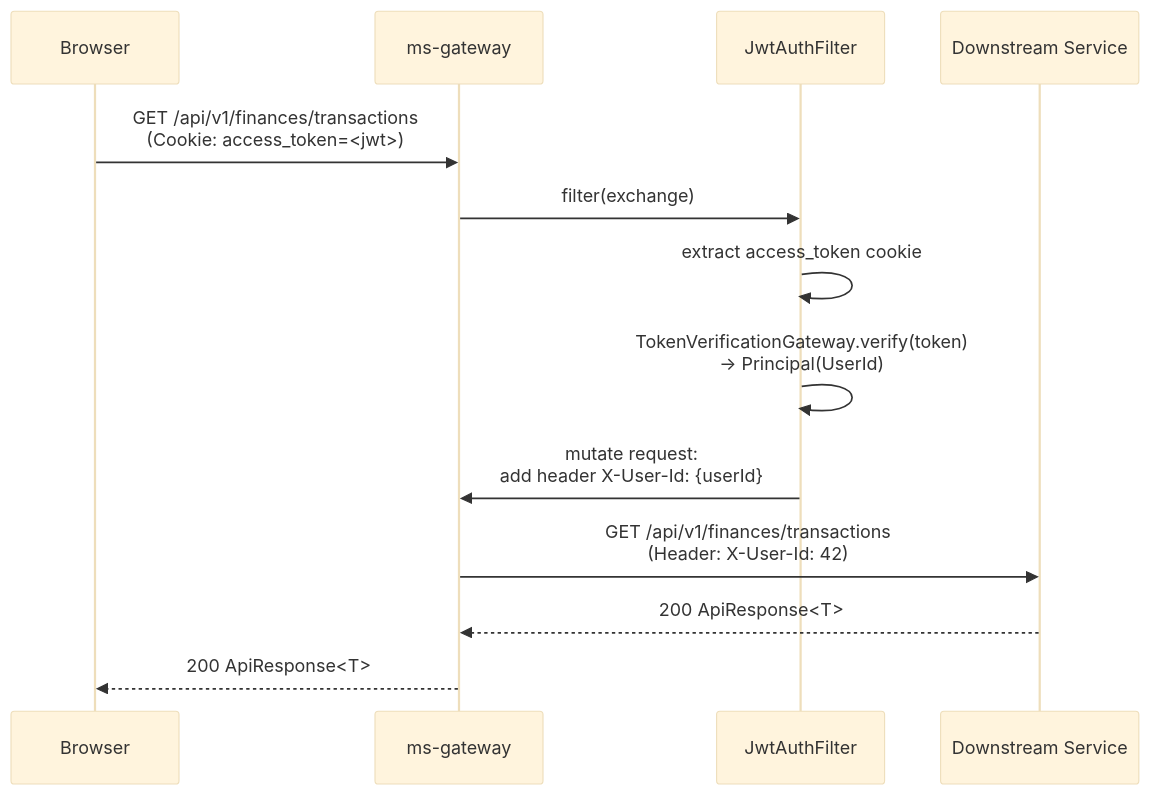
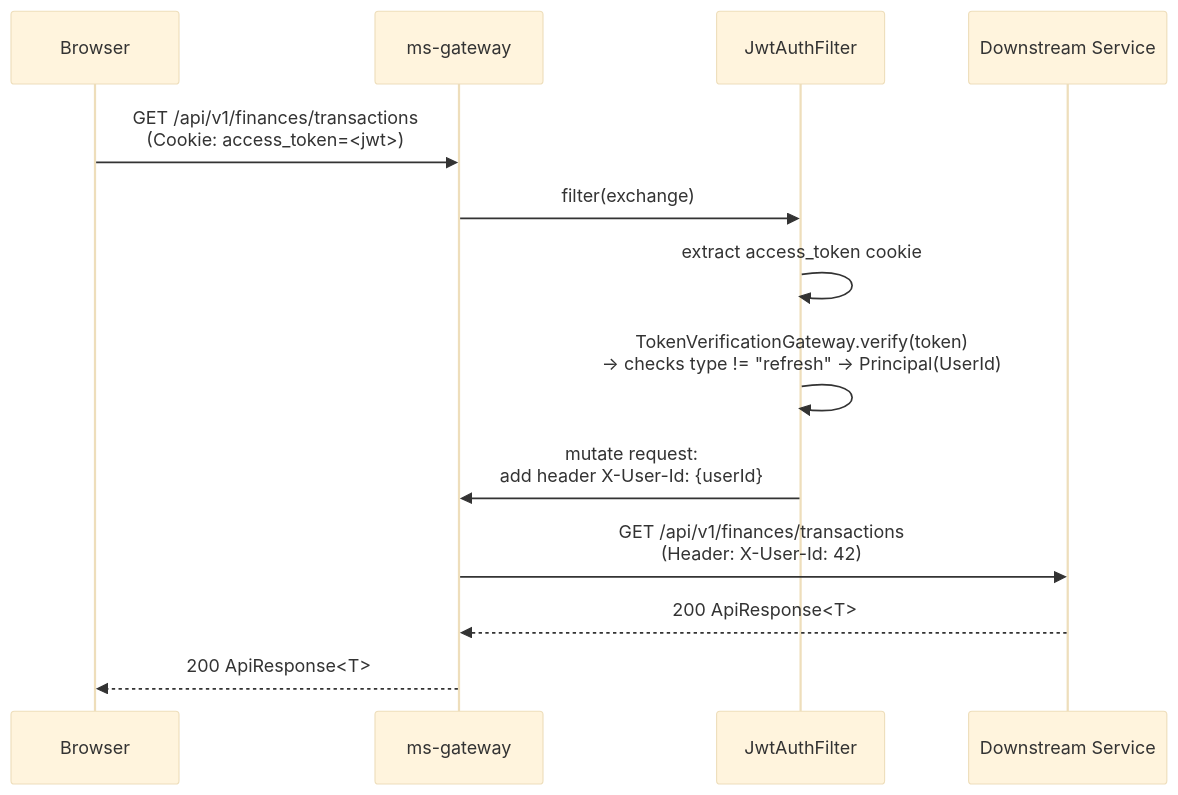
One commit to Sergio-Smirnoff/financial-app changed the diagram in docs/specs/services/ms-gateway.md. Above: the diagram before and after it, drawn with Mermaid (base theme). The commit also changed other lines of this file and 8 other files, not shown here.

````diff
--- a/docs/specs/services/ms-gateway.md
+++ b/docs/specs/services/ms-gateway.md
@@ -45,16 +46,16 @@
 ```mermaid
 sequenceDiagram
     participant B as Browser
     participant GW as ms-gateway
     participant JWT as JwtAuthFilter
     participant DS as Downstream Service
 
     B->>GW: GET /api/v1/finances/transactions<br/>(Cookie: access_token=<jwt>)
     GW->>JWT: filter(exchange)
     JWT->>JWT: extract access_token cookie
-    JWT->>JWT: TokenVerificationGateway.verify(token)<br/>→ Principal(UserId)
+    JWT->>JWT: TokenVerificationGateway.verify(token)<br/>→ checks type != "refresh" → Principal(UserId)
     JWT->>GW: mutate request:<br/>add header X-User-Id: {userId}
     GW->>DS: GET /api/v1/finances/transactions<br/>(Header: X-User-Id: 42)
     DS-->>GW: 200 ApiResponse<T>
     GW-->>B: 200 ApiResponse<T>
 ```
````
